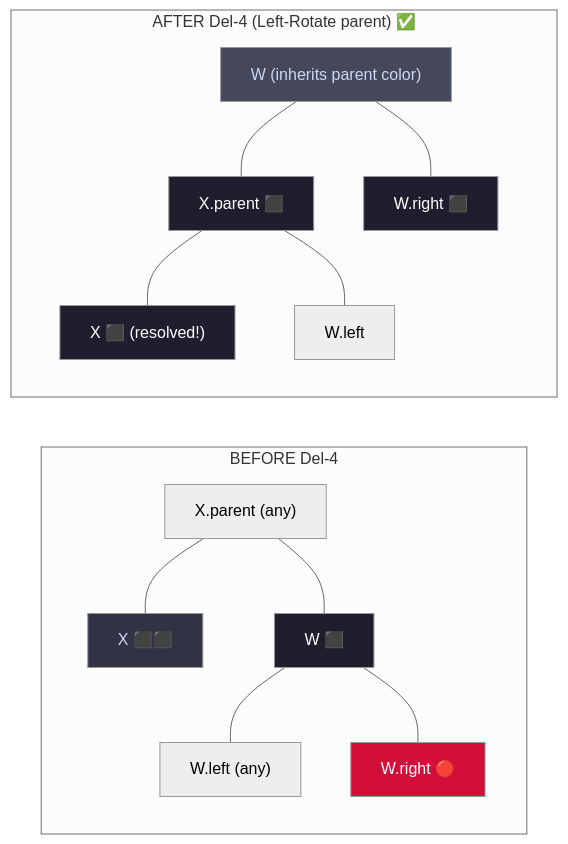
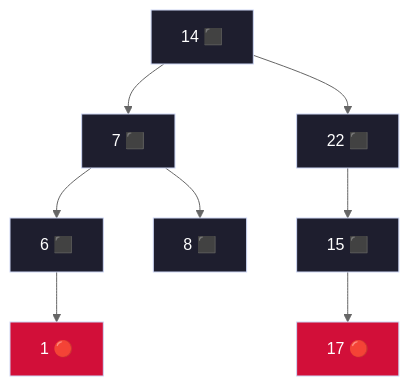
Diagram 15 of 29 in notes/design_and_analysis_of_algorithms/Unit_04_Advanced_Data_Structures.md (DeepLumiere/DeepSkills), drawn with Mermaid (neutral theme) before and after one commit. The commit also changed other lines of this file, not shown here.

````diff
--- a/notes/design_and_analysis_of_algorithms/Unit_04_Advanced_Data_Structures.md
+++ b/notes/design_and_analysis_of_algorithms/Unit_04_Advanced_Data_Structures.md
@@ -260,22 +565,18 @@
 ```mermaid
-flowchart LR
-    subgraph "BEFORE Del-4"
-        P1["X.parent (any)"] --- X1["X ⬛⬛"]
-        P1 --- W1["W ⬛"]
-        W1 --- wl1["W.left (any)"]
-        W1 --- wr1["W.right 🔴"]
-        style X1 fill:#313244,color:#cdd6f4
-        style W1 fill:#1e1e2e,color:#fff
-        style wr1 fill:#d20f39,color:#fff
-    end
-    subgraph "AFTER Del-4 (Left-Rotate parent) ✅"
-        W2["W (inherits parent color)"] --- P2["X.parent ⬛"]
-        W2 --- wr2["W.right ⬛"]
-        P2 --- X2["X ⬛ (resolved!)"]
-        P2 --- wl2["W.left"]
-        style W2 fill:#45475a,color:#cdd6f4
-        style P2 fill:#1e1e2e,color:#fff
-        style X2 fill:#1e1e2e,color:#fff
-        style wr2 fill:#1e1e2e,color:#fff
-    end
+flowchart TD
+    d3["14 ⬛"] --> d3l["7 ⬛"]
+    d3 --> d3r["22 ⬛"]
+    d3l --> d3ll["6 ⬛"]
+    d3l --> d3lr["8 ⬛"]
+    d3r --> d3rl["15 ⬛"]
+    d3ll --> d3lll["1 🔴"]
+    d3rl --> d3rlr["17 🔴"]
+    style d3 fill:#1e1e2e,color:#fff,stroke:#cdd6f4
+    style d3l fill:#1e1e2e,color:#fff,stroke:#cdd6f4
+    style d3r fill:#1e1e2e,color:#fff,stroke:#cdd6f4
+    style d3ll fill:#1e1e2e,color:#fff,stroke:#cdd6f4
+    style d3lr fill:#1e1e2e,color:#fff,stroke:#cdd6f4
+    style d3rl fill:#1e1e2e,color:#fff,stroke:#cdd6f4
+    style d3lll fill:#d20f39,color:#fff,stroke:#cdd6f4
+    style d3rlr fill:#d20f39,color:#fff,stroke:#cdd6f4
 ```
````
